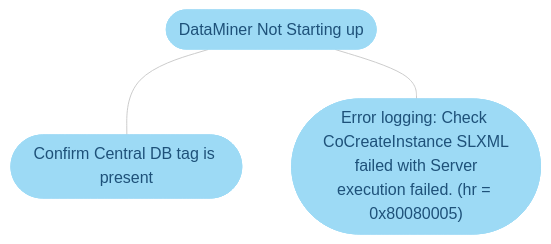
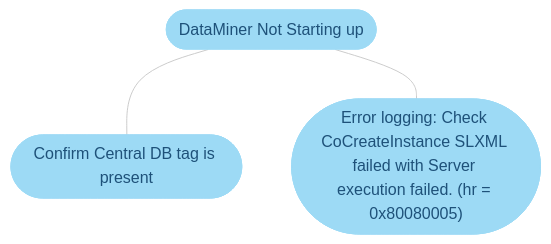
One commit to SkylineCommunications/dataminer-docs changed the third of 5 diagrams in user-guide/Troubleshooting/Troubleshooting_Flowcharts/Troubleshooting_Process_Identification/Database_processes/Troubleshooting_SLDataGateway_exe.md. Above: the diagram before and after it, drawn with Mermaid (forest theme). The commit also changed other lines of this file and 21 other files, not shown here.

````diff
--- a/user-guide/Troubleshooting/Troubleshooting_Flowcharts/Troubleshooting_Process_Identification/Database_processes/Troubleshooting_SLDataGateway_exe.md
+++ b/user-guide/Troubleshooting/Troubleshooting_Flowcharts/Troubleshooting_Process_Identification/Database_processes/Troubleshooting_SLDataGateway_exe.md
@@ -108,34 +108,34 @@
 ```mermaid
 flowchart TD
 %% -------------------------------------------------------------------------
 %% Cassandra flowchart - Nodetool Status
 %% -------------------------------------------------------------------------
 %% -------------------------------------------------------------------------
 %% Define styles
 %% -------------------------------------------------------------------------
 linkStyle default stroke:#cccccc
 classDef classAction fill:#dddddd,stroke:#dddddd,color:#1E5179,stroke-width:1px;
 classDef classActionClickable fill:#999999,stroke:#999999,color:#ffffff,stroke-width:1px;
 classDef classDecision fill:#4baeea,stroke:#4baeea,color:#ffffff,stroke-width:1px;
 classDef classExternalRef fill:#9ddaf5,stroke:#9ddaf5,color:#1E5179,stroke-width:1px;
 classDef classSolution fill:#58595b,stroke:#58595b,color:#ffffff,stroke-width:1px;
 classDef classTerminal fill:#1e5179,stroke:#1e5179,color:#ffffff,stroke-width:1px;
 %% -------------------------------------------------------------------------
 %% flowchart structure
 %% -------------------------------------------------------------------------
 Action_DataMinerNotStarting([DataMiner Not Starting up]):::classExternalRef
 Action_CentralDB([Confirm Central DB tag is present]):::classExternalRef
-Action_ErrorLogging(["Error logging: Check CoCreateInstance SLXML<br> failed with Server execution failed. (hr = 0x80080005)"]):::classExternalRef
+Action_ErrorLogging(["Error logging: Check CoCreateInstance SLXML failed with Server execution failed. (hr = 0x80080005)"]):::classExternalRef
     Action_DataMinerNotStarting --- Action_CentralDB
     Action_DataMinerNotStarting --- Action_ErrorLogging
 %% -------------------------------------------------------------------------
 %% all blocks terminating at a common End?
 %% -------------------------------------------------------------------------
 %% -------------------------------------------------------------------------
 %% Define hyperlinks %%
 %% -------------------------------------------------------------------------
 click HOME "/user-guide/Troubleshooting/Troubleshooting_Flowcharts/Finding_a_Root_Cause.html"
 %% -------------------------------------------------------------------------
 %% Apply styles to blocks
 %% -------------------------------------------------------------------------
 ```
````
